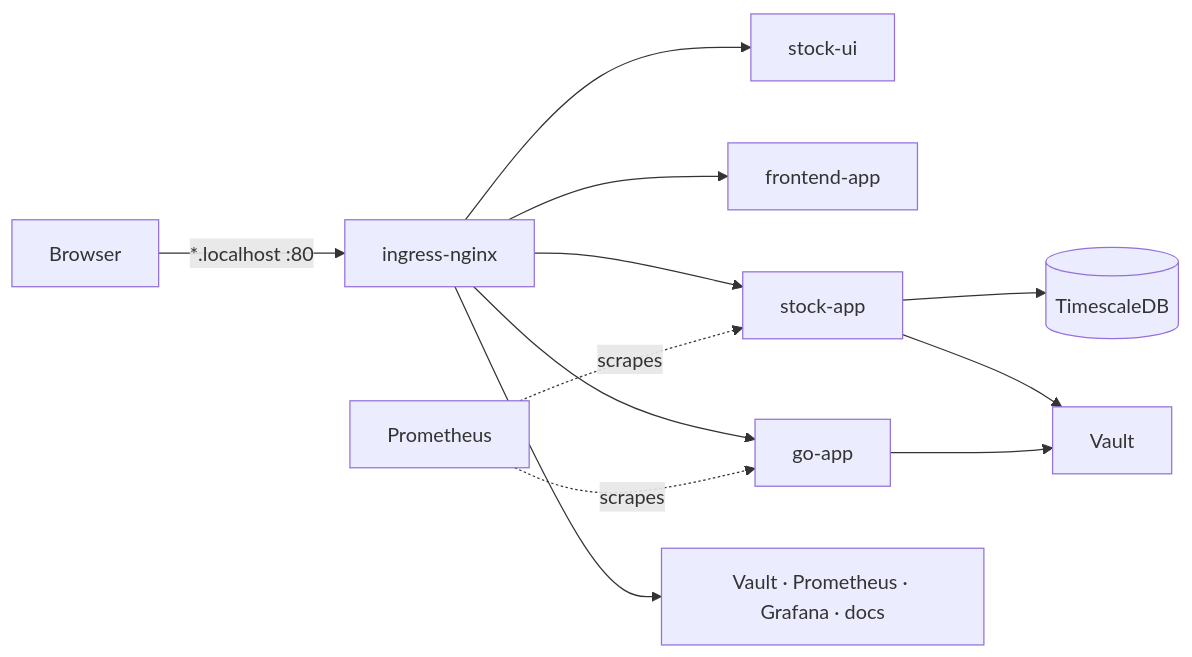
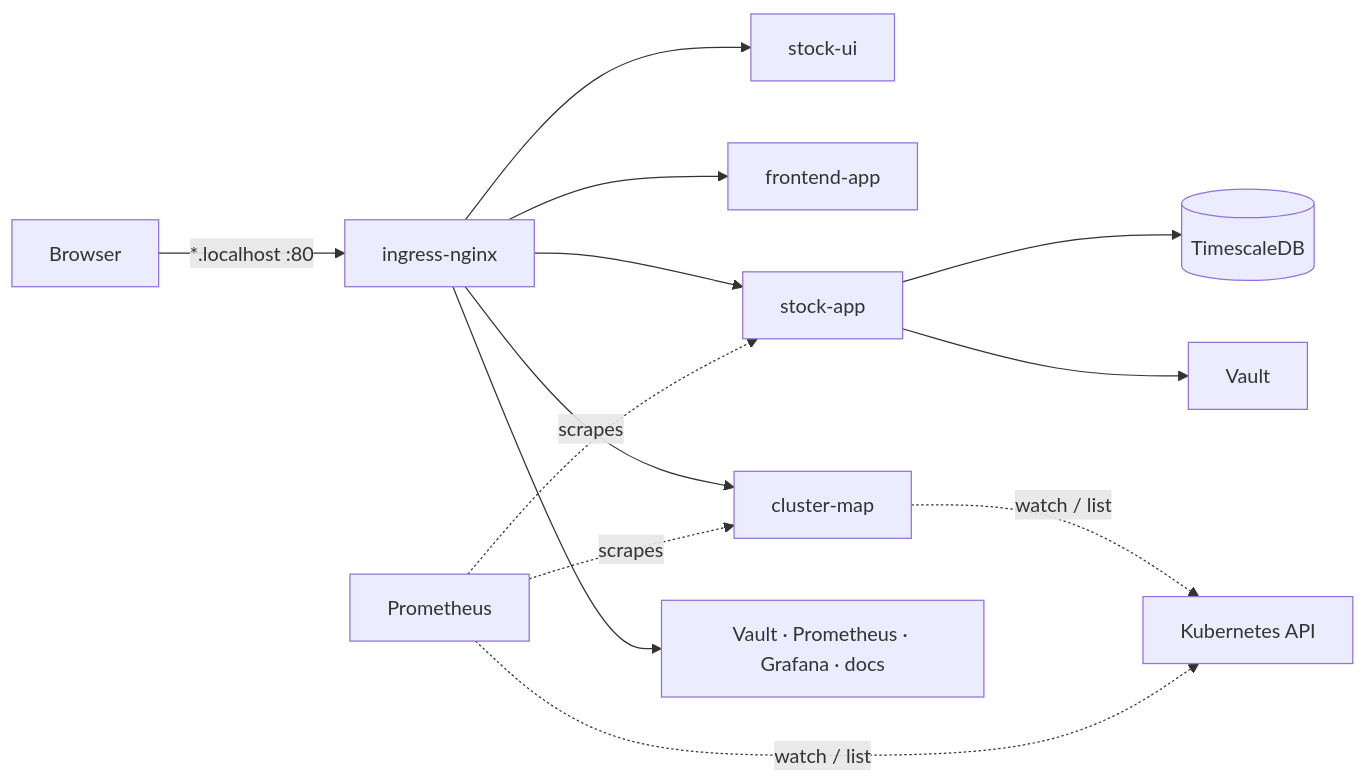
The diagram in documentation/docs/design.md (Jeremiaszmacura/platform-engineering-stack), drawn with Mermaid before and after one commit. The commit also changed other lines of this file and 65 other files, not shown here.

First line of the commit message:
feat: replace go-app with cluster-map, a live Kubernetes learning page

````diff
--- a/documentation/docs/design.md
+++ b/documentation/docs/design.md
@@ -9,8 +9,9 @@
 ```mermaid
 flowchart LR
     B[Browser] -->|"*.localhost :80"| IC[ingress-nginx]
-    IC --> SUI[stock-ui] & FE[frontend-app] & ST[stock-app] & GO[go-app] & OTHER["Vault · Prometheus · Grafana · docs"]
+    IC --> SUI[stock-ui] & FE[frontend-app] & ST[stock-app] & CM[cluster-map] & OTHER["Vault · Prometheus · Grafana · docs"]
     ST --> TS[(TimescaleDB)]
-    ST & GO --> VA[Vault]
-    PR[Prometheus] -.scrapes.-> ST & GO
+    ST --> VA[Vault]
+    PR[Prometheus] -.scrapes.-> ST & CM
+    CM & PR -.watch / list.-> API[Kubernetes API]
 ```
````
